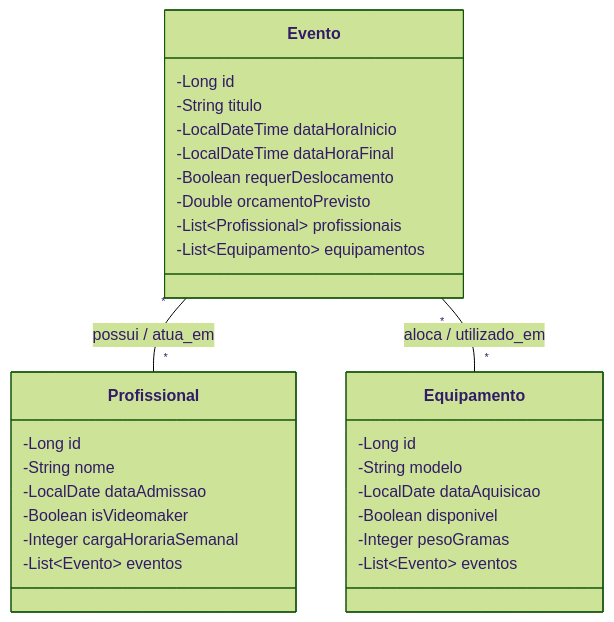
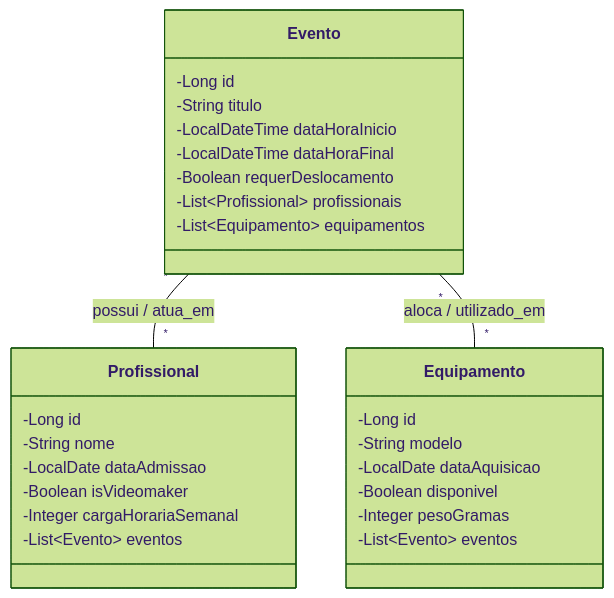
One commit to JoaoManoelSilvaMorais/GerenciadorDeAgendasSECOM changed the diagram in README.md. Above: the diagram before and after it, drawn with Mermaid (forest theme).

Commit message:
Remove orcamentoPrevisto from data structure

````diff
--- a/README.md
+++ b/README.md
@@ -5,37 +5,36 @@
 ```mermaid
 classDiagram
     direction TB
 
     class Profissional {
         -Long id
         -String nome
         -LocalDate dataAdmissao
         -Boolean isVideomaker
         -Integer cargaHorariaSemanal
         -List~Evento~ eventos
     }
 
     class Evento {
         -Long id
         -String titulo
         -LocalDateTime dataHoraInicio
         -LocalDateTime dataHoraFinal
         -Boolean requerDeslocamento
-        -Double orcamentoPrevisto
         -List~Profissional~ profissionais
         -List~Equipamento~ equipamentos
     }
 
     class Equipamento {
         -Long id
         -String modelo
         -LocalDate dataAquisicao
         -Boolean disponivel
         -Integer pesoGramas
         -List~Evento~ eventos
     }
 
     %% Relacionamentos N:N mapeados nas listas
     Evento "*" -- "*" Profissional : possui / atua_em
     Evento "*" -- "*" Equipamento : aloca / utilizado_em
 ```
````
